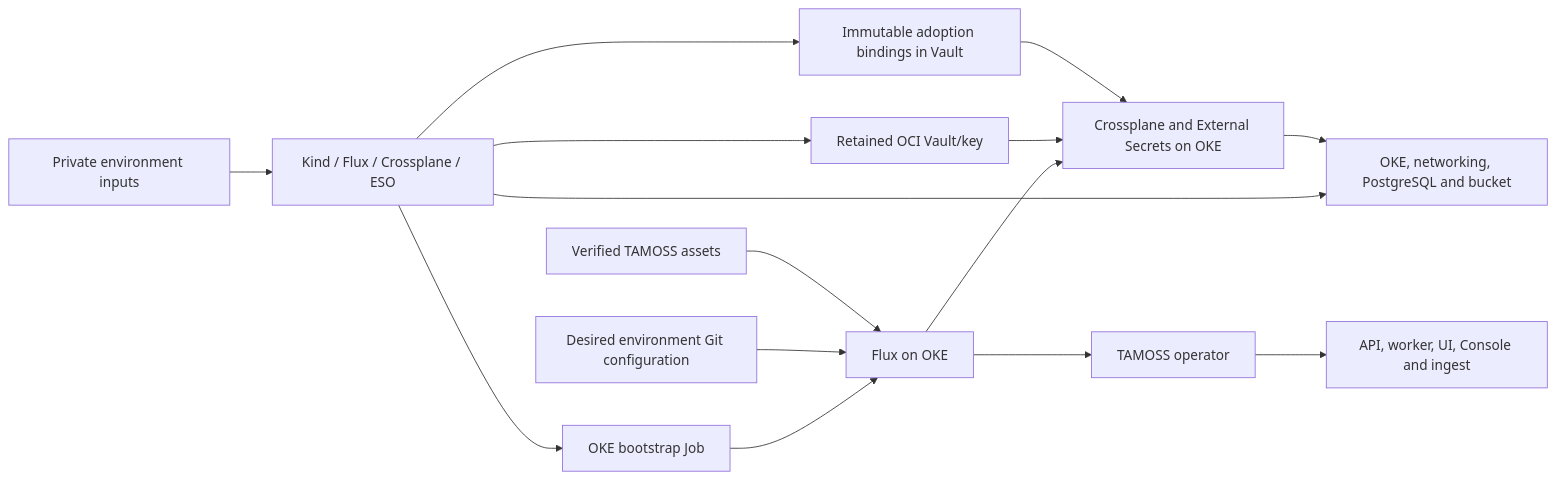
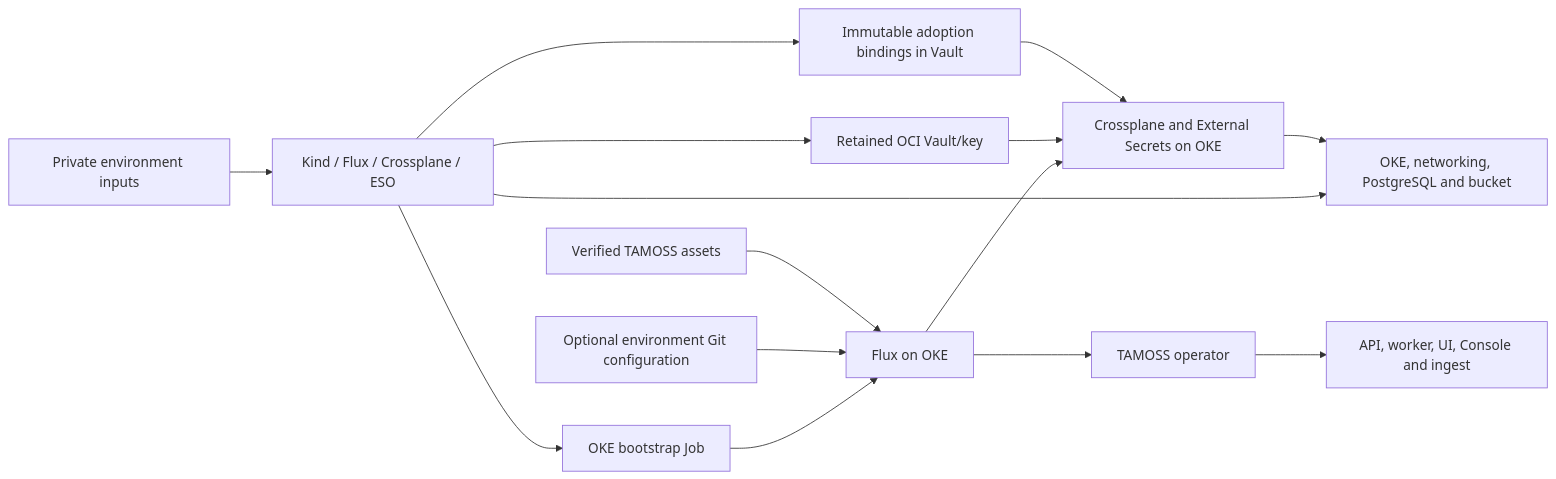
Before and after one commit to livewyer-ops/tamoss-cp-oci: the diagram in docs/architecture.md, drawn with Mermaid. The commit also changed other lines of this file and 76 other files, not shown here.

````diff
--- a/docs/architecture.md
+++ b/docs/architecture.md
@@ -44,18 +46,18 @@
 ```mermaid
 flowchart LR
     Inputs[Private environment inputs] --> Kind[Kind / Flux / Crossplane / ESO]
     Kind --> OCI[OKE, networking, PostgreSQL and bucket]
     Kind --> Job[OKE bootstrap Job]
     Job --> Flux
     Kind --> Vault[Retained OCI Vault/key]
-    Git[Desired environment Git configuration]
+    Git[Optional environment Git configuration]
     Kind --> Bindings[Immutable adoption bindings in Vault]
     Git --> Flux[Flux on OKE]
     Release[Verified TAMOSS assets] --> Flux
     Flux --> Runtime[Crossplane and External Secrets on OKE]
     Runtime --> OCI
     Vault --> Runtime
     Bindings --> Runtime
     Flux --> Operator[TAMOSS operator]
     Operator --> App[API, worker, UI, Console and ingest]
 ```
````
